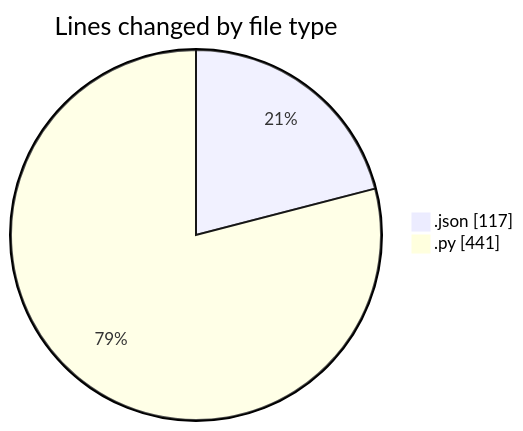
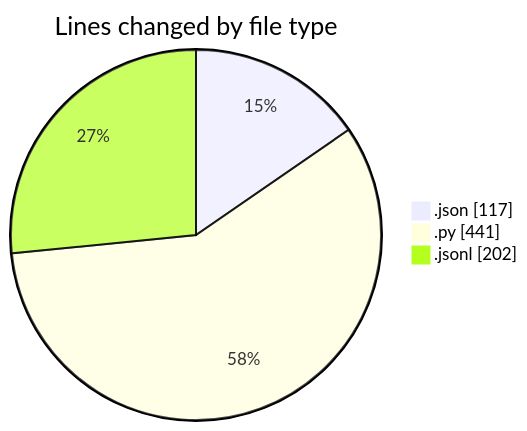
One commit to EIIisD/code-tracking changed the first of 2 diagrams in 2025-08-23/_claude/README.md. Above: the diagram before and after it, drawn with Mermaid. The commit also changed other lines of this file and 1 other file, not shown here.

````diff
--- a/2025-08-23/_claude/README.md
+++ b/2025-08-23/_claude/README.md
@@ -21,6 +22,7 @@
 ```mermaid
 pie showData
 title Lines changed by file type
 ".json" : 117
 ".py" : 441
+".jsonl" : 202
 ```
````
